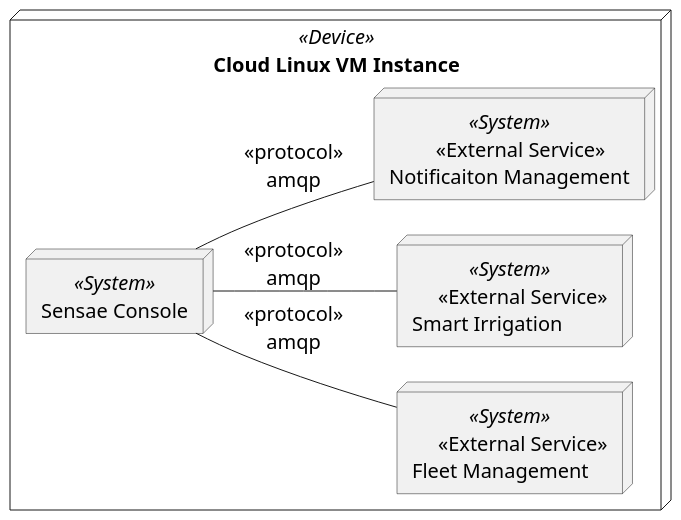
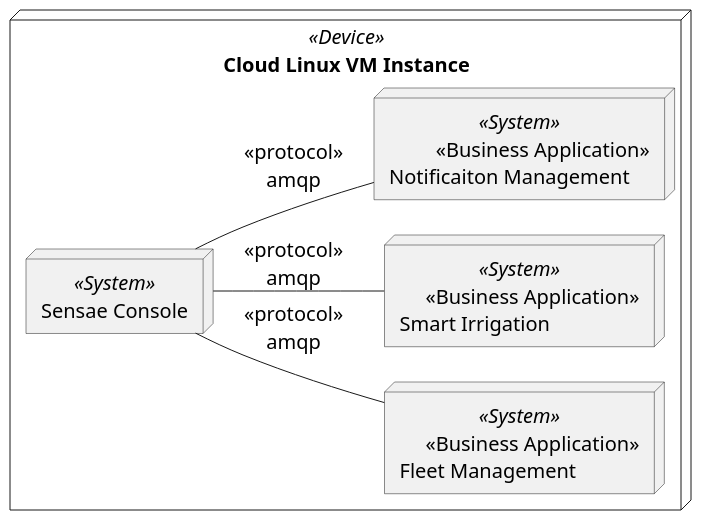
One commit to FilipeMCruz/dissertation changed the diagram in assets/diagrams/design/architectural/level1/physical-view-multi-tenant.pu. Above: the diagram before and after it, drawn with PlantUML. The commit also changed 49 other files, not shown here.

Commit message:
changed external services to business applications

```diff
--- a/assets/diagrams/design/architectural/level1/physical-view-multi-tenant.pu
+++ b/assets/diagrams/design/architectural/level1/physical-view-multi-tenant.pu
@@ -1,22 +1,22 @@
 @startuml physical-view-multi-tenant
 
 left to right direction
 
 skinparam defaultFontSize 20
 skinparam Monochrome true
 skinparam sequenceMessageAlign center
 skinparam componentStyle uml2
 skinparam packageStyle rectangle
 
 node "Cloud Linux VM Instance" <<Device>> {
     node "Sensae Console" <<System>> as SYSTEM1
-    node "     <<External Service>>\nFleet Management" <<System>> as SYSTEM2
-    node "     <<External Service>>\nSmart Irrigation" <<System>> as SYSTEM3
-    node "         <<External Service>>\nNotificaiton Management" <<System>> as SYSTEM4
+    node "     <<Business Application>>\nFleet Management" <<System>> as SYSTEM2
+    node "     <<Business Application>>\nSmart Irrigation" <<System>> as SYSTEM3
+    node "         <<Business Application>>\nNotificaiton Management" <<System>> as SYSTEM4
 }
 
 SYSTEM1 -- SYSTEM2 : "<<protocol>>\namqp"
 SYSTEM1 -- SYSTEM3 : "<<protocol>>\namqp"
 SYSTEM1 -- SYSTEM4 : "<<protocol>>\namqp"
 
 @enduml
```
